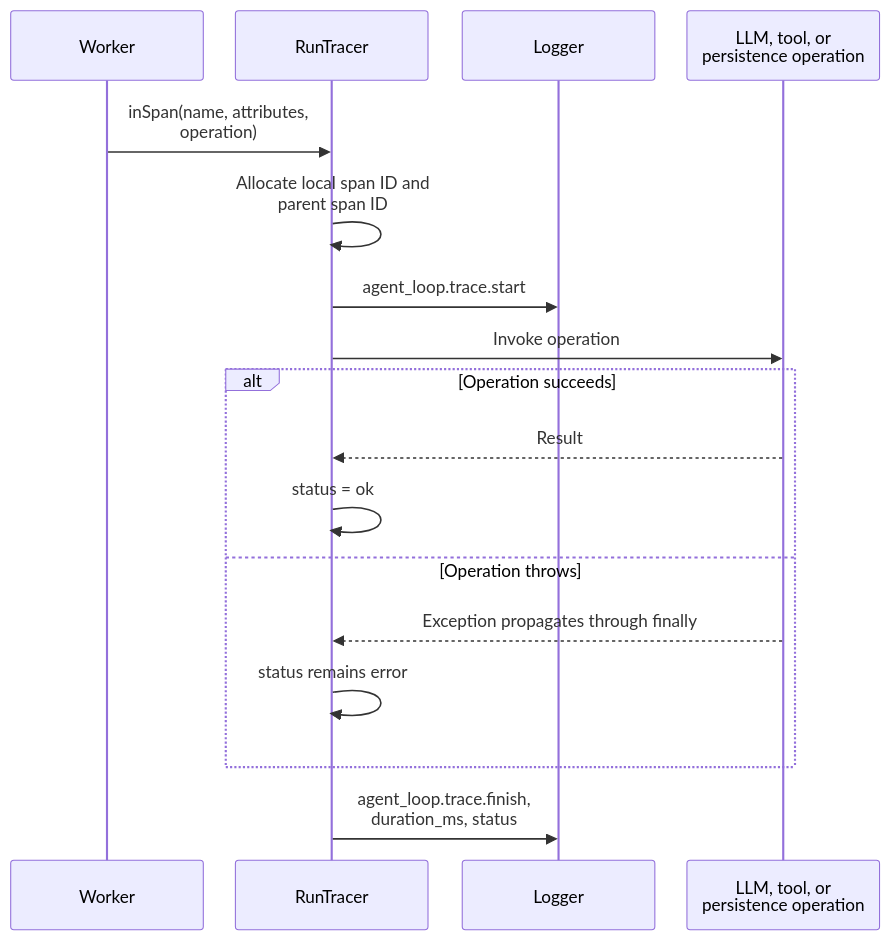
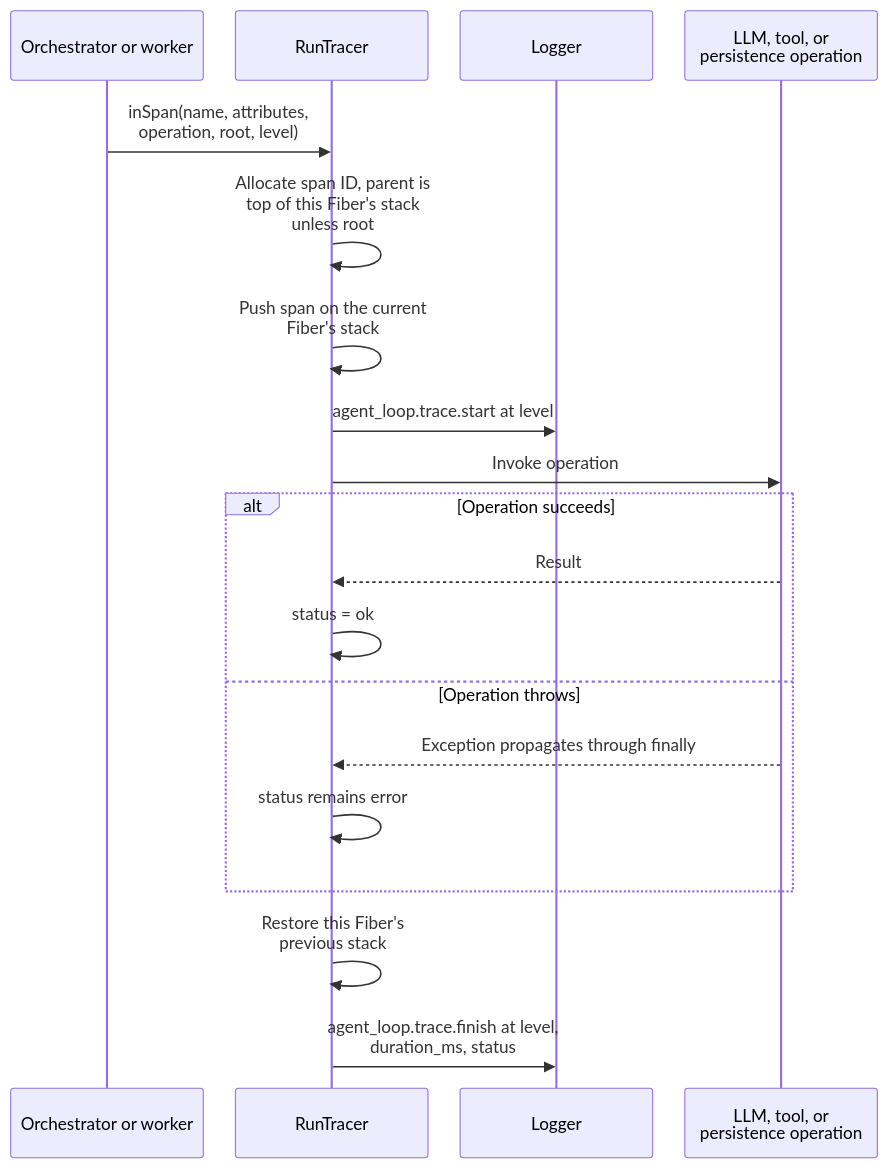
Before and after one commit to ineersa/agent-core: the fourth of 6 diagrams in architecture/logging.md, drawn with Mermaid. The commit also changed other lines of this file and 86 other files, not shown here.

First line of the commit message:
Fix documentation drift and expand architecture diagrams

````diff
--- a/architecture/logging.md
+++ b/architecture/logging.md
@@ -107,21 +116,23 @@
 ```mermaid
 %%{init: {"sequence": {"wrap": true, "width": 180, "actorMargin": 30, "diagramMarginX": 10, "messageMargin": 30}}}%%
 sequenceDiagram
-    participant Worker
+    participant Caller as Orchestrator or worker
     participant Tracer as RunTracer
     participant Logger
     participant Operation as LLM, tool, or persistence operation
 
-    Worker->>Tracer: inSpan(name, attributes, operation)
-    Tracer->>Tracer: Allocate local span ID and parent span ID
-    Tracer->>Logger: agent_loop.trace.start
+    Caller->>Tracer: inSpan(name, attributes, operation, root, level)
+    Tracer->>Tracer: Allocate span ID, parent is top of this Fiber's stack unless root
+    Tracer->>Tracer: Push span on the current Fiber's stack
+    Tracer->>Logger: agent_loop.trace.start at level
     Tracer->>Operation: Invoke operation
     alt Operation succeeds
         Operation-->>Tracer: Result
         Tracer->>Tracer: status = ok
     else Operation throws
         Operation-->>Tracer: Exception propagates through finally
         Tracer->>Tracer: status remains error
     end
-    Tracer->>Logger: agent_loop.trace.finish, duration_ms, status
+    Tracer->>Tracer: Restore this Fiber's previous stack
+    Tracer->>Logger: agent_loop.trace.finish at level, duration_ms, status
 ```
````
